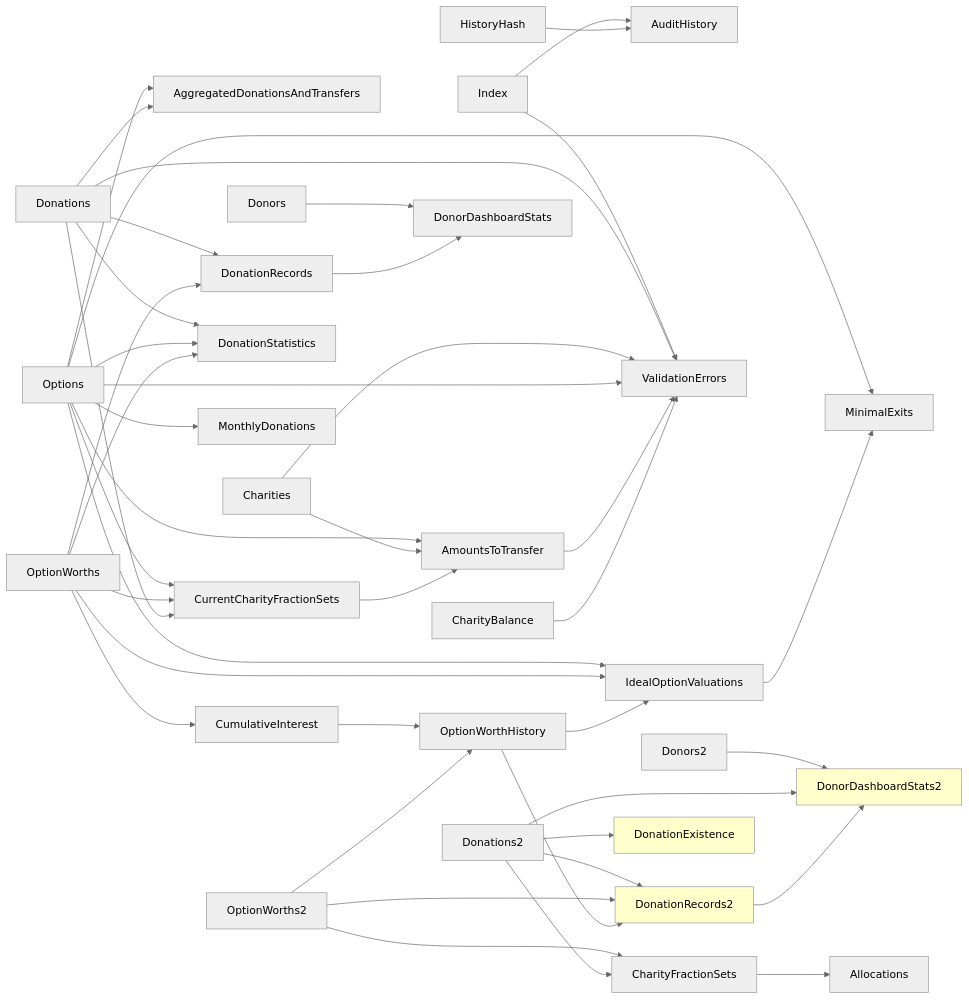
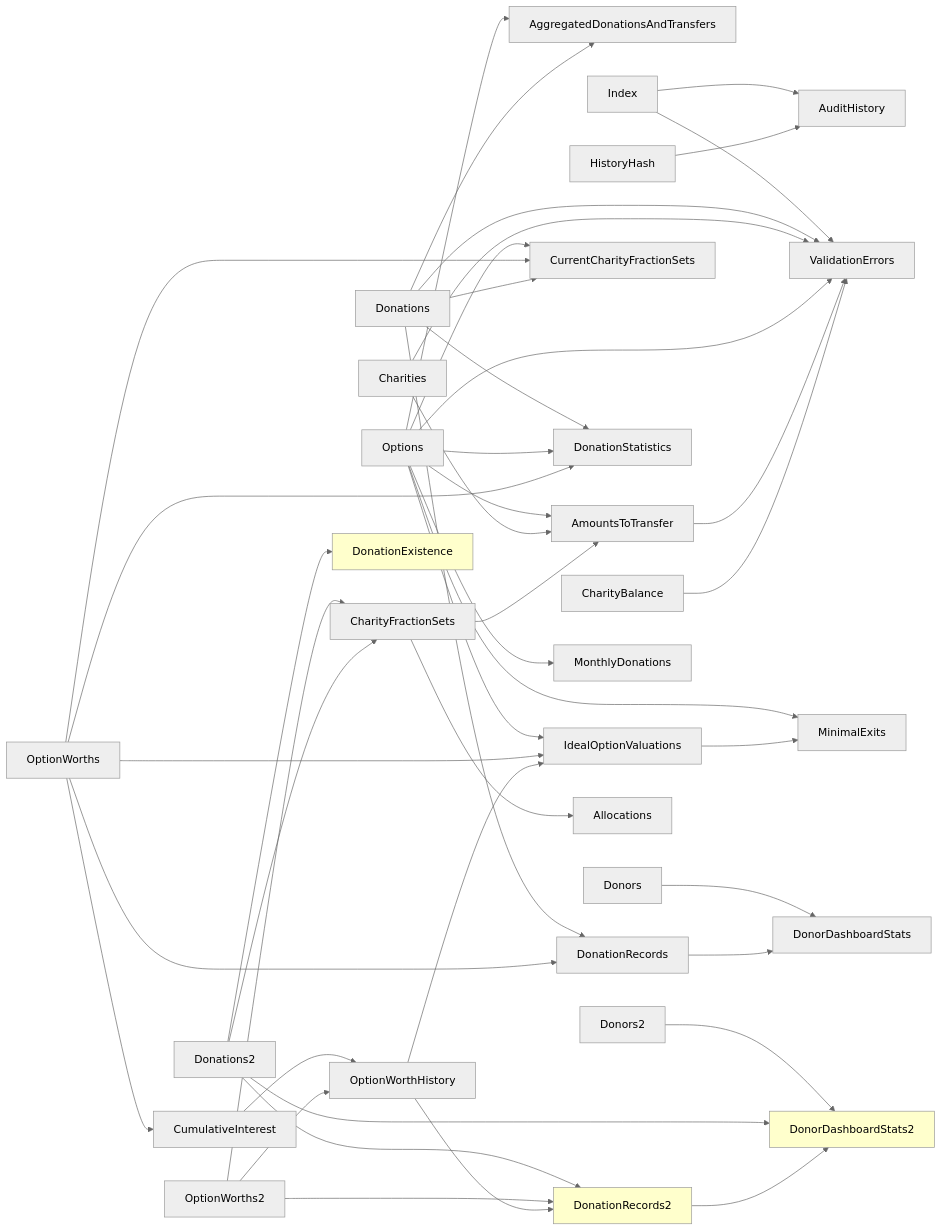
Before and after one commit to joost-morsink/FF-admin-module: the second of 2 diagrams in wiki/calculator.md, drawn with Mermaid (neutral theme). The commit also changed 1 other file, not shown here.

Commit message:
CharityFractionSets [GIVE4GOOD-855]

````diff
--- a/wiki/calculator.md
+++ b/wiki/calculator.md
@@ -94,59 +94,59 @@
 ```mermaid
 graph LR
     classDef calc fill:#ffc;
     Options --> AggregatedDonationsAndTransfers
     Donations --> AggregatedDonationsAndTransfers
     Options --> AmountsToTransfer
     Charities --> AmountsToTransfer
-    CurrentCharityFractionSets --> AmountsToTransfer
+    CharityFractionSets --> AmountsToTransfer
     Index --> AuditHistory
     HistoryHash --> AuditHistory
     CharityBalance
     OptionWorths --> CumulativeInterest
     Options --> CurrentCharityFractionSets
     OptionWorths --> CurrentCharityFractionSets
     Donations --> CurrentCharityFractionSets
     Donations --> DonationRecords
     OptionWorths --> DonationRecords
     Donations --> DonationStatistics
     Options --> DonationStatistics
     OptionWorths --> DonationStatistics
     Donors --> DonorDashboardStats
     DonationRecords --> DonorDashboardStats
     Options --> IdealOptionValuations
     OptionWorths --> IdealOptionValuations
     Options --> MinimalExits
     IdealOptionValuations --> MinimalExits
     CumulativeInterest --> OptionWorthHistory
     OptionWorthHistory --> IdealOptionValuations
     Index --> ValidationErrors
     Donations --> ValidationErrors
     Charities --> ValidationErrors
     Options --> ValidationErrors
     AmountsToTransfer --> ValidationErrors
     CharityBalance --> ValidationErrors
     Options --> MonthlyDonations
 
     OptionWorths2 --> OptionWorthHistory
     OptionWorths2 --> CharityFractionSets
     Donations2 --> CharityFractionSets
     Donors2 --> DonorDashboardStats2:::calc
     Donations2 --> DonorDashboardStats2
     DonationRecords2 --> DonorDashboardStats2
     Donations2 --> DonationExistence:::calc
     CharityFractionSets --> Allocations
 
     Donations2 --> DonationRecords2:::calc
     OptionWorths2 --> DonationRecords2
     OptionWorthHistory --> DonationRecords2
 
     click Index "./models/index"
     click HistoryHash "./models/history_hash"
     click Options "./models/options"
     click ValidationErrors "./models/validation_errors"
     click Donations "./models/donations"
     click OptionWorths "./models/option_worths"
     click IdealOptionValuations "./models/ideal_option_valuations"
     click MinimalExits "./models/minimal_exits"
     click MonthlyDonations "./models/monthly_donations"
 ```
````
